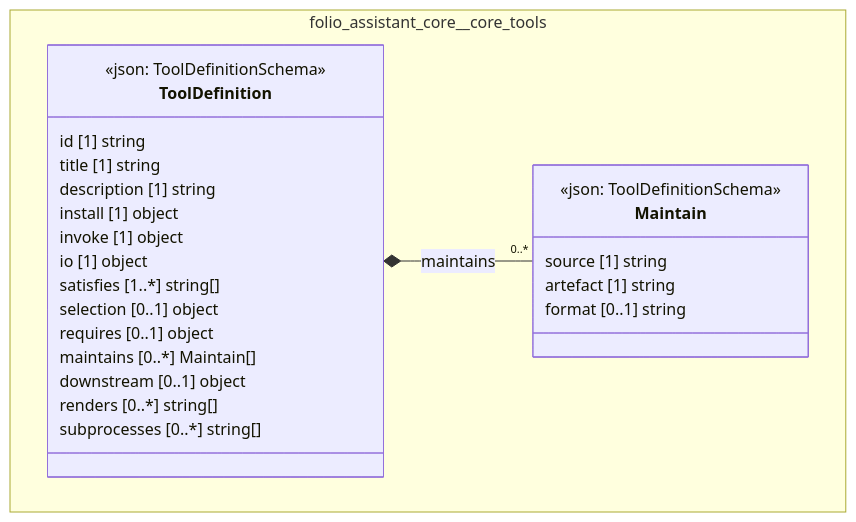
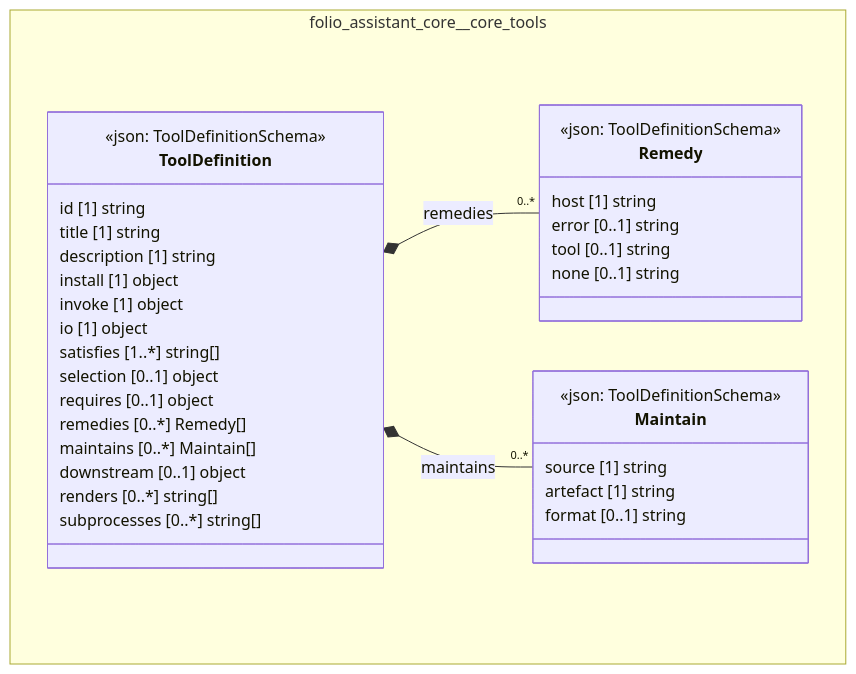
The diagram in cat-harness/docs/uml/overview/folio-assistant-core/core-tools.md (litlfred/folio-assistant), drawn with Mermaid before and after one commit. The commit also changed 92 other files, not shown here.

First line of the commit message:
tools: `remedies` per host on every network Tool, a gate, and `tools:remedy` lookup (6mk7)

````diff
--- a/cat-harness/docs/uml/overview/folio-assistant-core/core-tools.md
+++ b/cat-harness/docs/uml/overview/folio-assistant-core/core-tools.md
@@ -42,31 +42,41 @@
 ```mermaid
 classDiagram
   direction TB
   namespace folio_assistant_core__core_tools {
+    class folio_assistant_core_core_tools_Remedy["Remedy"] {
+      <<json: ToolDefinitionSchema>>
+      host [1] string
+      error [0..1] string
+      tool [0..1] string
+      none [0..1] string
+    }
     class folio_assistant_core_core_tools_Maintain["Maintain"] {
       <<json: ToolDefinitionSchema>>
       source [1] string
       artefact [1] string
       format [0..1] string
     }
     class folio_assistant_core_core_tools_ToolDefinition["ToolDefinition"] {
       <<json: ToolDefinitionSchema>>
       id [1] string
       title [1] string
       description [1] string
       install [1] object
       invoke [1] object
       io [1] object
       satisfies [1..*] string[]
       selection [0..1] object
       requires [0..1] object
+      remedies [0..*] Remedy[]
       maintains [0..*] Maintain[]
       downstream [0..1] object
       renders [0..*] string[]
       subprocesses [0..*] string[]
     }
   }
+  folio_assistant_core_core_tools_ToolDefinition *-- "0..*" folio_assistant_core_core_tools_Remedy : remedies
   folio_assistant_core_core_tools_ToolDefinition *-- "0..*" folio_assistant_core_core_tools_Maintain : maintains
+  cssClass "folio_assistant_core_core_tools_Remedy" fa_uml_kind_tools
   cssClass "folio_assistant_core_core_tools_Maintain" fa_uml_kind_tools
   cssClass "folio_assistant_core_core_tools_ToolDefinition" fa_uml_kind_tools
 ```
````
